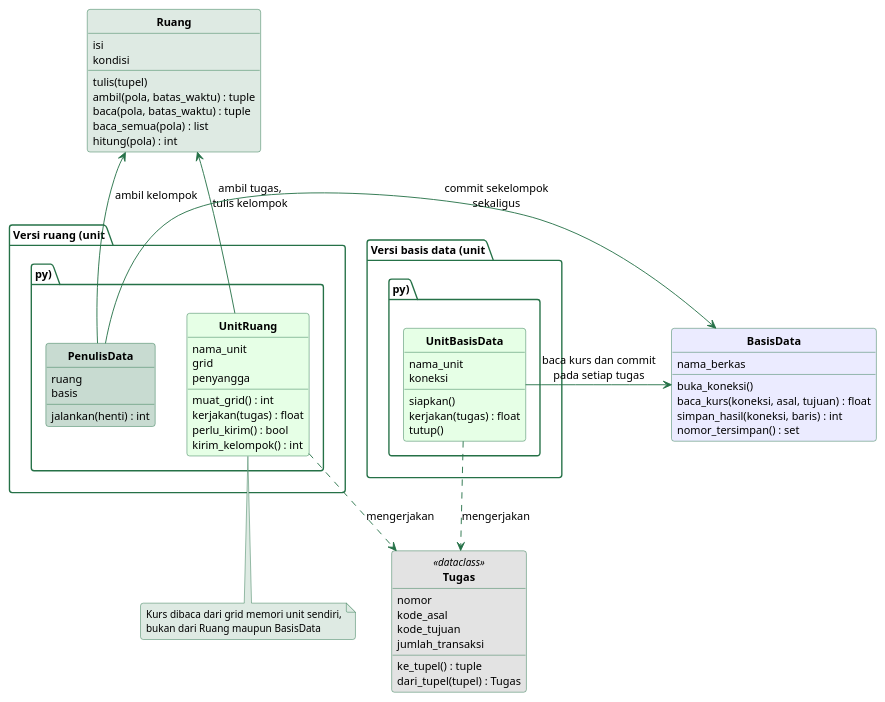
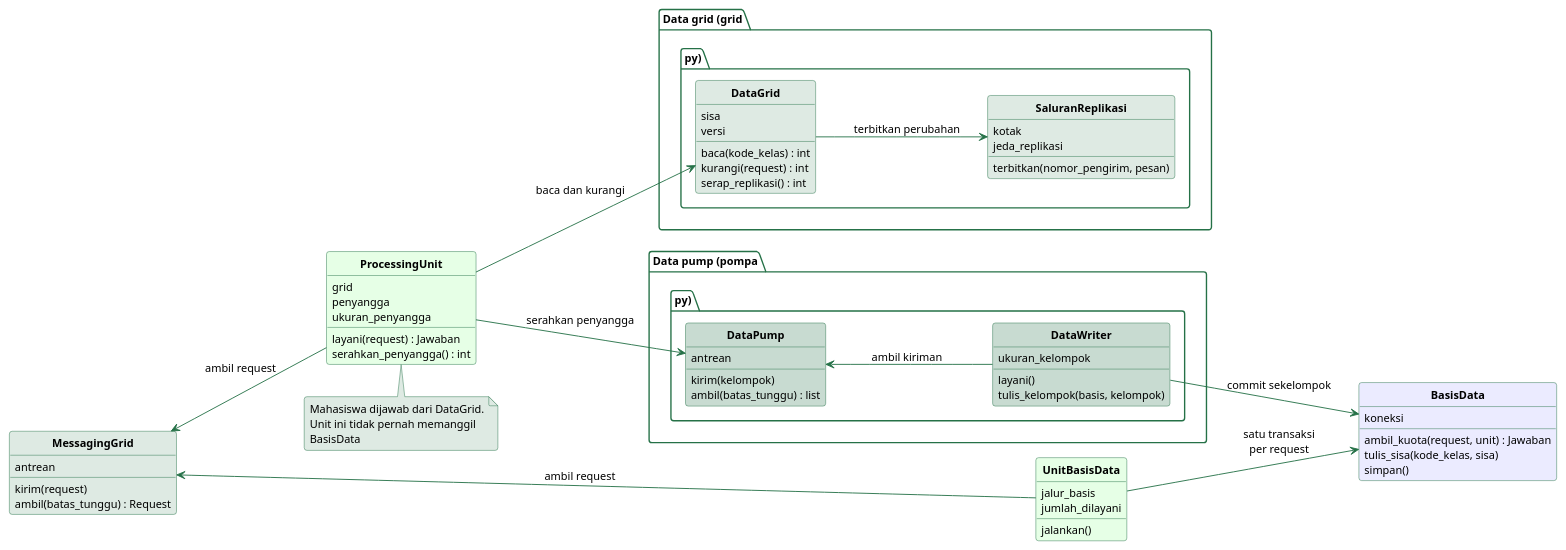
The diagram in sources/chapter08/diagram/kelas-ruang.puml (alfa-yohannis/software-architecture), drawn with PlantUML before and after one commit. The commit also changed other lines of this file and 23 other files, not shown here.

```diff
--- a/sources/chapter08/diagram/kelas-ruang.puml
+++ b/sources/chapter08/diagram/kelas-ruang.puml
@@ -13,97 +14,105 @@
 @startuml
+left to right direction
 skinparam backgroundColor transparent
 skinparam defaultFontName Titillium Web
 skinparam defaultFontSize 13
 skinparam shadowing false
 skinparam roundCorner 6
 skinparam classAttributeIconSize 0
 skinparam classFontStyle bold
 skinparam ArrowColor #257147
 skinparam ArrowFontSize 12
 skinparam class {
   BorderColor #257147
   BackgroundColor #EBEBFF
   FontColor black
   AttributeFontSize 12
   StereotypeFontSize 11
 }
 skinparam package {
   BorderColor #257147
   BackgroundColor transparent
   FontColor black
   FontSize 12
 }
 skinparam note {
   BackgroundColor #DEEAE3
   BorderColor #257147
-  FontSize 11
+  FontSize 12
 }
 hide circle
 
-package "Versi basis data (unit.py)" {
-  class UnitBasisData #E6FFE6 {
-    nama_unit
-    koneksi
-    siapkan()
-    kerjakan(tugas) : float
-    tutup()
+class MessagingGrid #DEEAE3 {
+  antrean
+  kirim(request)
+  ambil(batas_tunggu) : Request
+}
+
+class UnitBasisData #E6FFE6 {
+  jalur_basis
+  jumlah_dilayani
+  jalankan()
+}
+
+class ProcessingUnit #E6FFE6 {
+  grid
+  penyangga
+  ukuran_penyangga
+  layani(request) : Jawaban
+  serahkan_penyangga() : int
+}
+
+package "Data grid (grid.py)" {
+  class DataGrid #DEEAE3 {
+    sisa
+    versi
+    baca(kode_kelas) : int
+    kurangi(request) : int
+    serap_replikasi() : int
+  }
+
+  class SaluranReplikasi #DEEAE3 {
+    kotak
+    jeda_replikasi
+    terbitkan(nomor_pengirim, pesan)
   }
 }
 
-package "Versi ruang (unit.py)" {
-  class UnitRuang #E6FFE6 {
-    nama_unit
-    grid
-    penyangga
-    muat_grid() : int
-    kerjakan(tugas) : float
-    perlu_kirim() : bool
-    kirim_kelompok() : int
+package "Data pump (pompa.py)" {
+  class DataPump #C8DBD1 {
+    antrean
+    kirim(kelompok)
+    ambil(batas_tunggu) : list
   }
 
-  class PenulisData #C8DBD1 {
-    ruang
-    basis
-    jalankan(henti) : int
+  class DataWriter #C8DBD1 {
+    ukuran_kelompok
+    layani()
+    tulis_kelompok(basis, kelompok)
   }
 }
 
-class Ruang #DEEAE3 {
-  isi
-  kondisi
-  tulis(tupel)
-  ambil(pola, batas_waktu) : tuple
-  baca(pola, batas_waktu) : tuple
-  baca_semua(pola) : list
-  hitung(pola) : int
+class BasisData #EBEBFF {
+  koneksi
+  ambil_kuota(request, unit) : Jawaban
+  tulis_sisa(kode_kelas, sisa)
+  simpan()
 }
 
-class BasisData #EBEBFF {
-  nama_berkas
-  buka_koneksi()
-  baca_kurs(koneksi, asal, tujuan) : float
-  simpan_hasil(koneksi, baris) : int
-  nomor_tersimpan() : set
-}
+' Relasi ke messaging grid ditulis terbalik agar messaging grid tetap berada
+' di kiri kedua unit, padahal unitlah yang memanggil ambil().
+MessagingGrid <-- UnitBasisData : ambil request
+MessagingGrid <-- ProcessingUnit : ambil request
+ProcessingUnit --> DataGrid : baca dan kurangi
+DataGrid --> SaluranReplikasi : terbitkan perubahan
+ProcessingUnit --> DataPump : serahkan penyangga
+DataPump <-- DataWriter : ambil kiriman
+DataWriter --> BasisData : commit sekelompok
+UnitBasisData --> BasisData : satu transaksi\nper request
 
-class Tugas <<dataclass>> #E3E3E3 {
-  nomor
-  kode_asal
-  kode_tujuan
-  jumlah_transaksi
-  ke_tupel() : tuple
-  dari_tupel(tupel) : Tugas
-}
-
-UnitBasisData -right-> BasisData : baca kurs dan commit\npada setiap tugas
-UnitRuang -down-> Ruang : ambil tugas,\ntulis kelompok
-PenulisData -up-> Ruang : ambil kelompok
-PenulisData -right-> BasisData : commit sekelompok\nsekaligus
-UnitBasisData ..> Tugas : mengerjakan
-UnitRuang ..> Tugas : mengerjakan
-
-note bottom of UnitRuang
-  Kurs dibaca dari grid memori unit sendiri,
-  bukan dari Ruang maupun BasisData
+note bottom of ProcessingUnit
+  Mahasiswa dijawab dari DataGrid.
+  Unit ini tidak pernah memanggil
+  BasisData
 end note
 @enduml
```
